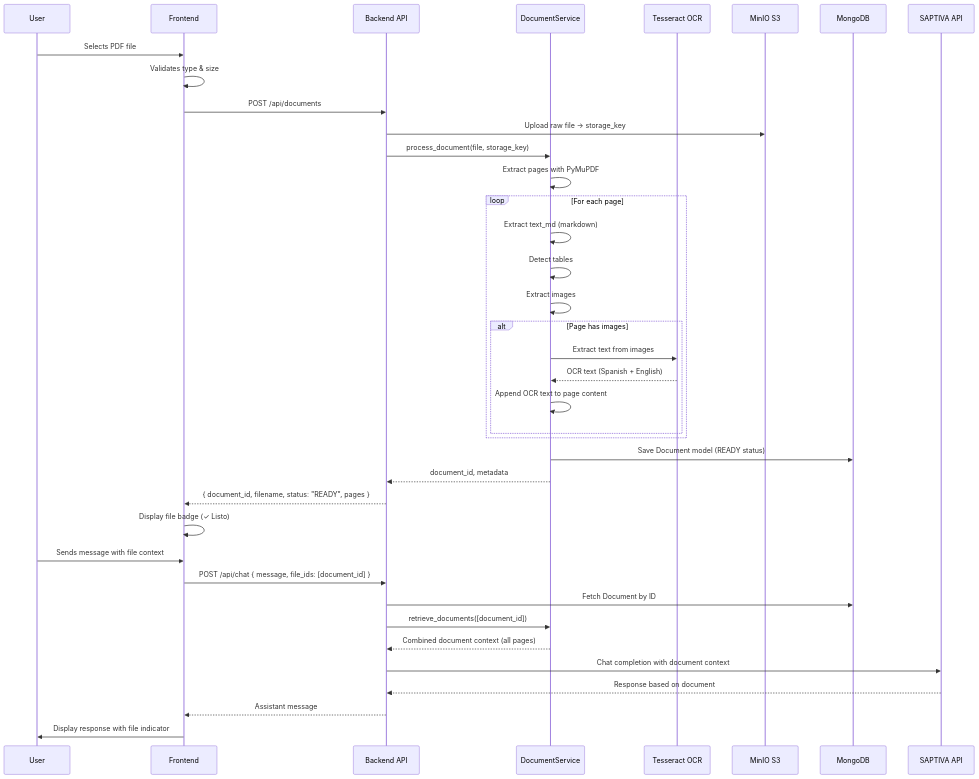
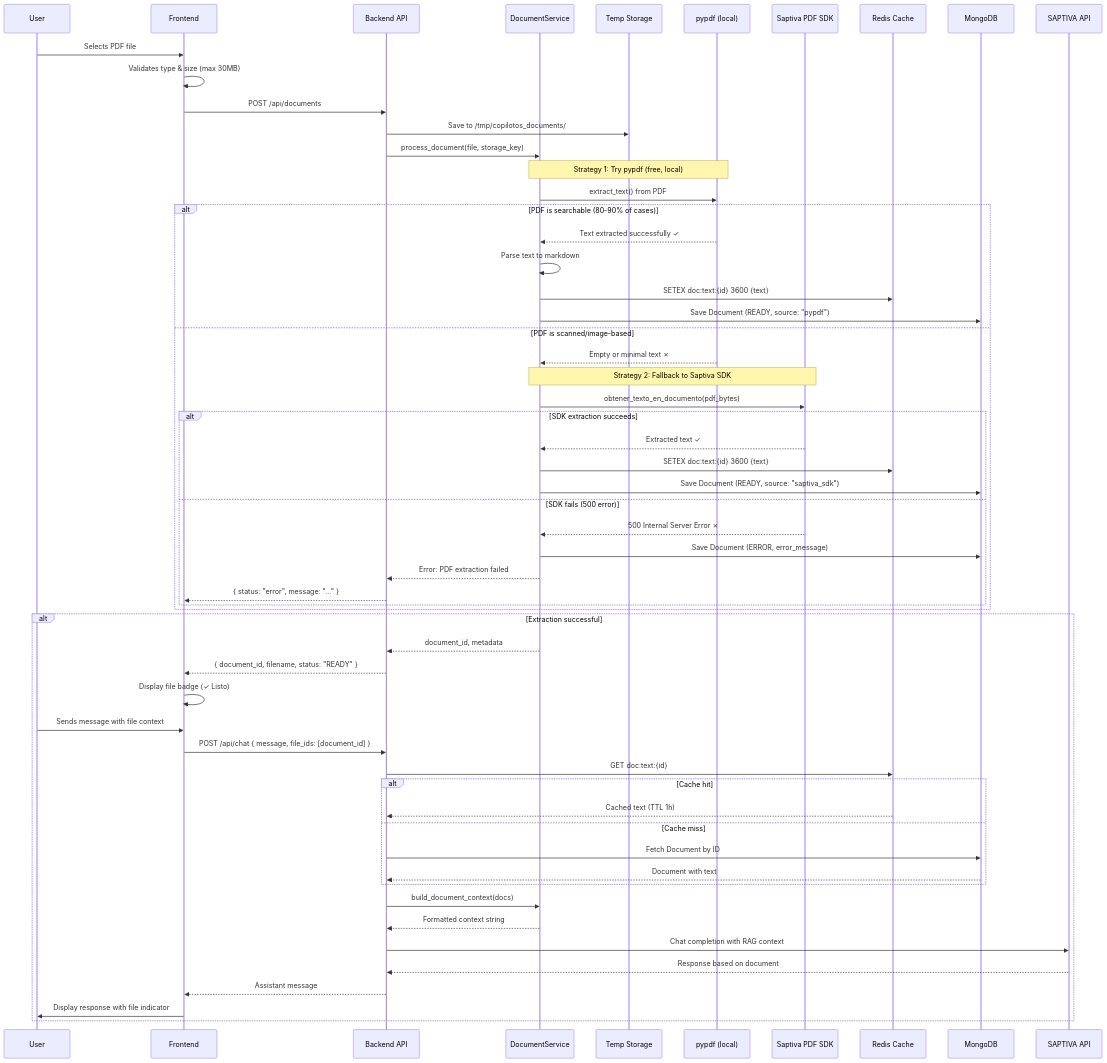
Before and after one commit to saptiva-ai/copilotos-bridge: the second of 3 diagrams in apps/api/README.md, drawn with Mermaid. The commit also changed other lines of this file and 47 other files, not shown here.

First line of the commit message:
docs: update architecture diagrams with Saptiva extraction strategy

````diff
--- a/apps/api/README.md
+++ b/apps/api/README.md
@@ -98,51 +98,72 @@
 ```mermaid
 sequenceDiagram
     participant U as User
     participant F as Frontend
     participant API as Backend API
     participant DS as DocumentService
-    participant OCR as Tesseract OCR
-    participant Minio as MinIO S3
+    participant TempFS as Temp Storage
+    participant pypdf as pypdf (local)
+    participant SDK as Saptiva PDF SDK
+    participant Cache as Redis Cache
     participant DB as MongoDB
     participant LLM as SAPTIVA API
 
     U->>F: Selects PDF file
-    F->>F: Validates type & size
+    F->>F: Validates type & size (max 30MB)
     F->>API: POST /api/documents
 
-    API->>Minio: Upload raw file → storage_key
+    API->>TempFS: Save to /tmp/copilotos_documents/
     API->>DS: process_document(file, storage_key)
 
-    DS->>DS: Extract pages with PyMuPDF
+    Note over DS,pypdf: Strategy 1: Try pypdf (free, local)
+    DS->>pypdf: extract_text() from PDF
 
-    loop For each page
-        DS->>DS: Extract text_md (markdown)
-        DS->>DS: Detect tables
-        DS->>DS: Extract images
+    alt PDF is searchable (80-90% of cases)
+        pypdf-->>DS: Text extracted successfully ✓
+        DS->>DS: Parse text to markdown
+        DS->>Cache: SETEX doc:text:{id} 3600 {text}
+        DS->>DB: Save Document (READY, source: "pypdf")
+    else PDF is scanned/image-based
+        pypdf-->>DS: Empty or minimal text ✗
 
-        alt Page has images
-            DS->>OCR: Extract text from images
-            OCR-->>DS: OCR text (Spanish + English)
-            DS->>DS: Append OCR text to page content
+        Note over DS,SDK: Strategy 2: Fallback to Saptiva SDK
+        DS->>SDK: obtener_texto_en_documento(pdf_bytes)
+
+        alt SDK extraction succeeds
+            SDK-->>DS: Extracted text ✓
+            DS->>Cache: SETEX doc:text:{id} 3600 {text}
+            DS->>DB: Save Document (READY, source: "saptiva_sdk")
+        else SDK fails (500 error)
+            SDK-->>DS: 500 Internal Server Error ✗
+            DS->>DB: Save Document (ERROR, error_message)
+            DS-->>API: Error: PDF extraction failed
+            API-->>F: { status: "error", message: "..." }
         end
     end
 
-    DS->>DB: Save Document model (READY status)
-    DS-->>API: document_id, metadata
-    API-->>F: { document_id, filename, status: "READY", pages }
+    alt Extraction successful
+        DS-->>API: document_id, metadata
+        API-->>F: { document_id, filename, status: "READY" }
+        F->>F: Display file badge (✓ Listo)
 
-    F->>F: Display file badge (✓ Listo)
+        U->>F: Sends message with file context
+        F->>API: POST /api/chat { message, file_ids: [document_id] }
 
-    U->>F: Sends message with file context
-    F->>API: POST /api/chat { message, file_ids: [document_id] }
+        API->>Cache: GET doc:text:{id}
+        alt Cache hit
+            Cache-->>API: Cached text (TTL 1h)
+        else Cache miss
+            API->>DB: Fetch Document by ID
+            DB-->>API: Document with text
+        end
 
-    API->>DB: Fetch Document by ID
-    API->>DS: retrieve_documents([document_id])
-    DS-->>API: Combined document context (all pages)
+        API->>DS: build_document_context(docs)
+        DS-->>API: Formatted context string
 
-    API->>LLM: Chat completion with document context
-    LLM-->>API: Response based on document
-    API-->>F: Assistant message
+        API->>LLM: Chat completion with RAG context
+        LLM-->>API: Response based on document
+        API-->>F: Assistant message
 
-    F->>U: Display response with file indicator
+        F->>U: Display response with file indicator
+    end
 ```
````
